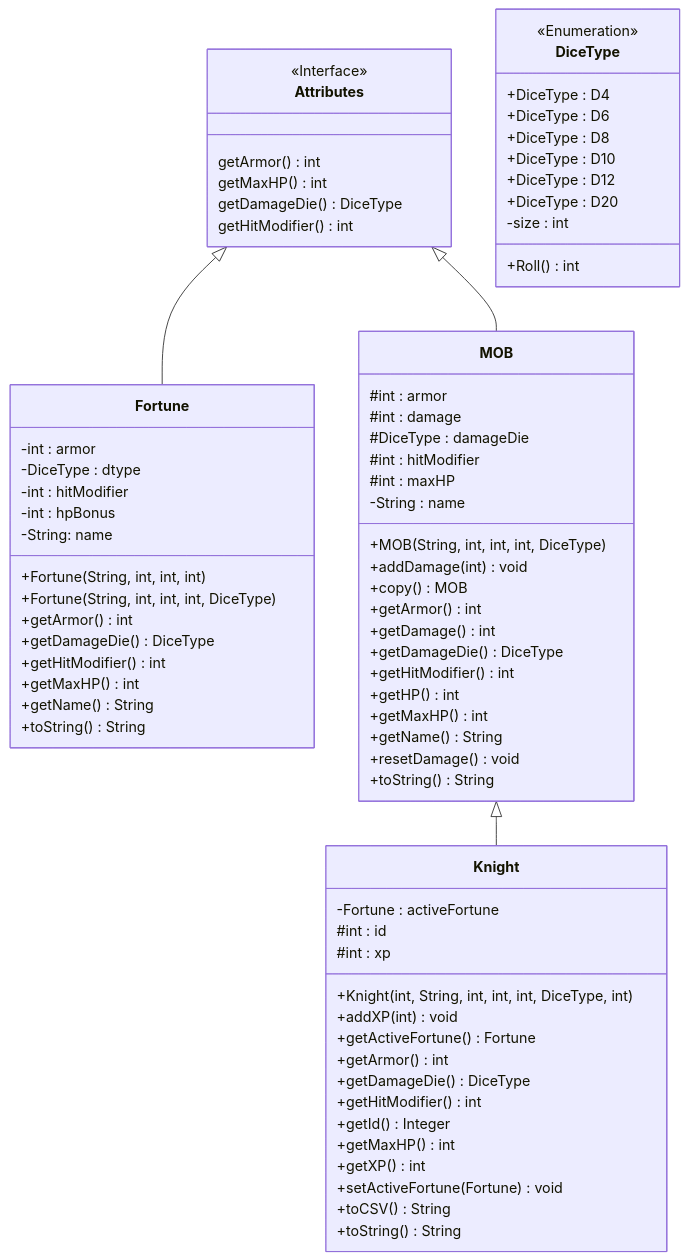
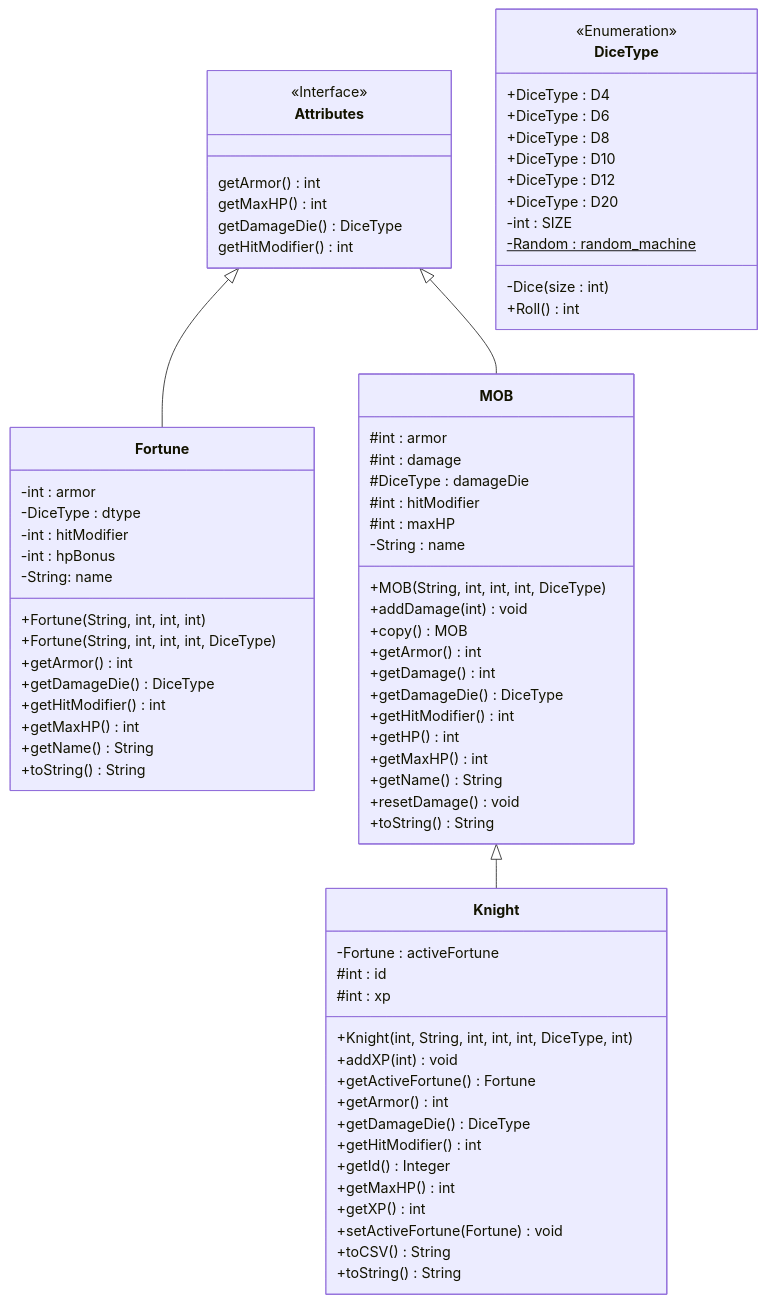
Before and after one commit to CSU-CompSci-CS163-4/PracticalOptionKnightFight: the first of 3 diagrams in uml.md, drawn with Mermaid.

````diff
--- a/uml.md
+++ b/uml.md
@@ -3,77 +3,79 @@
 ```mermaid
 classDiagram
 Attributes <|-- Fortune
 Attributes <|-- MOB
 MOB <|-- Knight
 
 class Attributes {
     <<Interface>>
     getArmor() int
     getMaxHP() int
     getDamageDie() DiceType
     getHitModifier() int
 }
 class DiceType{
     <<Enumeration>>
     +DiceType : D4
     +DiceType : D6
     +DiceType : D8
     +DiceType : D10
     +DiceType : D12
     +DiceType : D20
-    -size : int
+    -int : SIZE
+    -Random : random_machine$
+    -Dice(size : int)
     +Roll() int
 }
 class Fortune {
     -int : armor
     -DiceType : dtype
     -int : hitModifier
     -int : hpBonus
     -String: name
     +Fortune(String, int, int, int)
     +Fortune(String, int, int, int, DiceType)
     +getArmor() int
     +getDamageDie() DiceType
     +getHitModifier() int
     +getMaxHP() int
     +getName() String
     +toString() String
 }
 class Knight {
     -Fortune : activeFortune
     #int : id
     #int : xp
     +Knight(int, String, int, int, int, DiceType, int)
     +addXP(int) void
     +getActiveFortune() Fortune
     +getArmor() int
     +getDamageDie() DiceType
     +getHitModifier() int
     +getId() Integer
     +getMaxHP() int
     +getXP() int
     +setActiveFortune(Fortune) void
     +toCSV() String
     +toString() String
 }
 class MOB {
     #int : armor
     #int : damage
     #DiceType : damageDie
     #int : hitModifier
     #int : maxHP
     -String : name
     +MOB(String, int, int, int, DiceType)
     +addDamage(int) void
     +copy() MOB
     +getArmor() int
     +getDamage() int
     +getDamageDie() DiceType
     +getHitModifier() int
     +getHP() int
     +getMaxHP() int
     +getName() String
     +resetDamage() void
     +toString() String
 }
 ```
````
